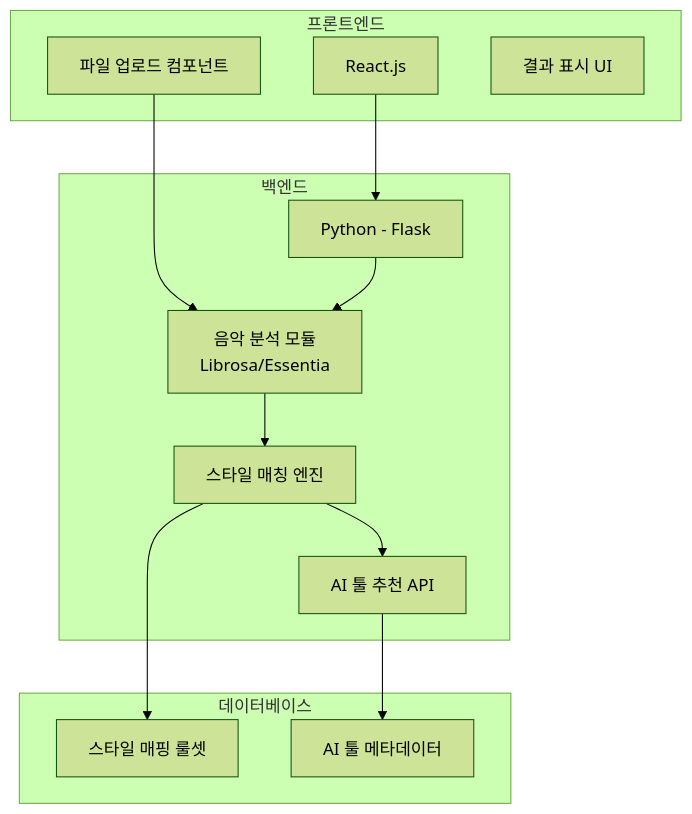
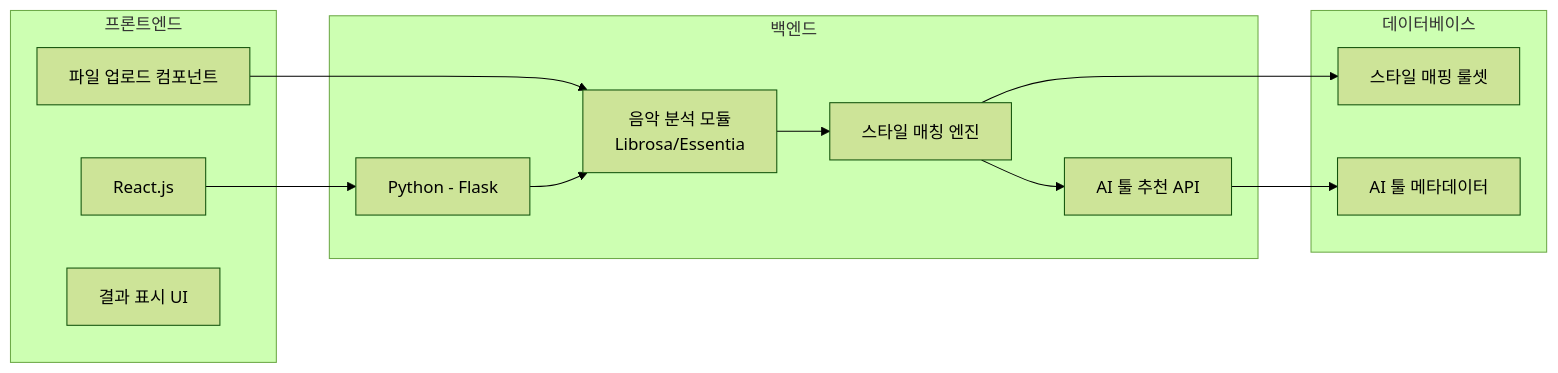
One commit to kimnamwook1/github-sjqtnn4p changed the fourth of 8 diagrams in slides.md. Above: the diagram before and after it, drawn with Mermaid (forest theme). The commit also changed other lines of this file, not shown here.

Commit message:
Third Commit

````diff
--- a/slides.md
+++ b/slides.md
@@ -126,28 +126,28 @@
 ```mermaid
-graph TB
+graph LR
     subgraph "프론트엔드"
         A1[React.js]
         A2[파일 업로드 컴포넌트]
         A3[결과 표시 UI]
     end
     
     subgraph "백엔드"
         B1[Python - Flask]
         B2[음악 분석 모듈<br>Librosa/Essentia]
         B3[스타일 매칭 엔진]
         B4[AI 툴 추천 API]
     end
     
     subgraph "데이터베이스"
         C1[스타일 매핑 룰셋]
         C2[AI 툴 메타데이터]
     end
     
     A1 --> B1
     A2 --> B2
     B1 --> B2
     B2 --> B3
     B3 --> B4
     B3 --> C1
     B4 --> C2
 ```
````
